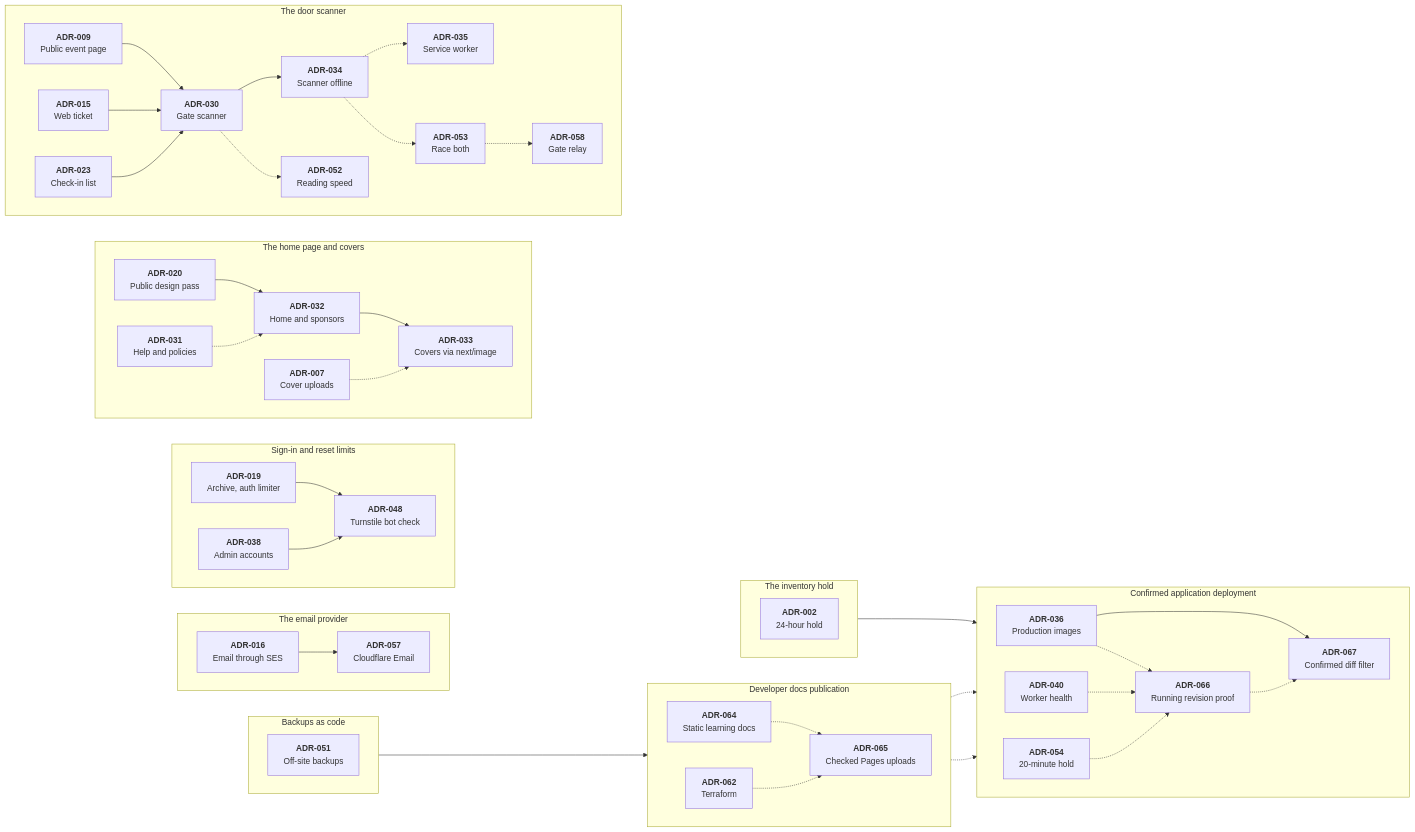
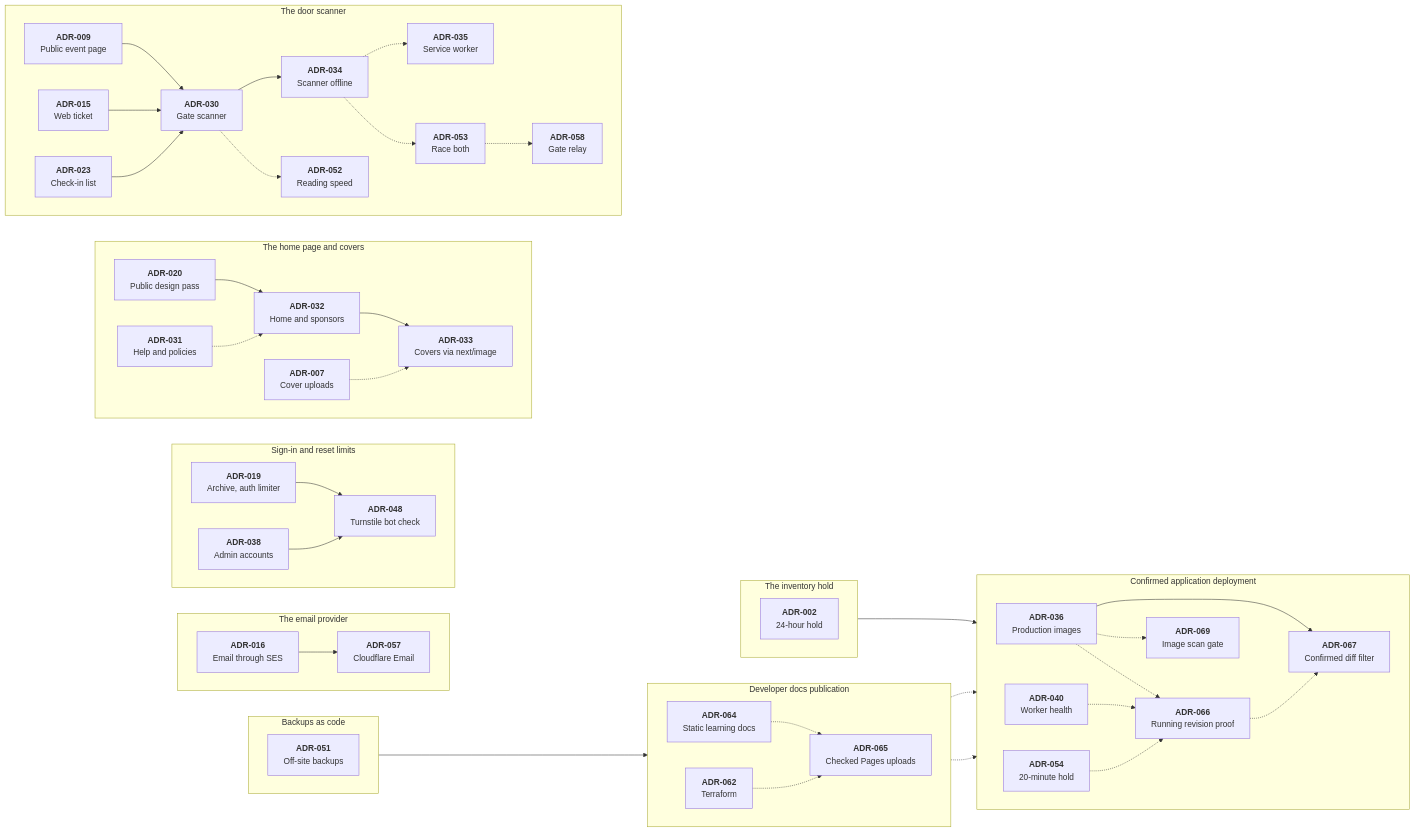
One commit to Ashfak-Hossain/EchoAndAura changed the diagram in docs/decisions/README.md. Above: the diagram before and after it, drawn with Mermaid. The commit also changed other lines of this file and 6 other files, not shown here.

```diff
--- a/docs/decisions/README.md
+++ b/docs/decisions/README.md
@@ -73,6 +73,8 @@
         Running revision proof`"]
         a067["`**ADR-067**
         Confirmed diff filter`"]
+        a069["`**ADR-069**
+        Image scan gate`"]
         a036 -.-> a066
         a040 -.-> a066
         a054 -.-> a066
@@ -80,6 +82,7 @@
         a036 --> a067
         a065 -.-> a067
         a066 -.-> a067
+        a036 -.-> a069
     end
     %% Mermaid draws the last group on top, so the groups are declared bottom first.
     subgraph backups ["Backups as code"]
```
